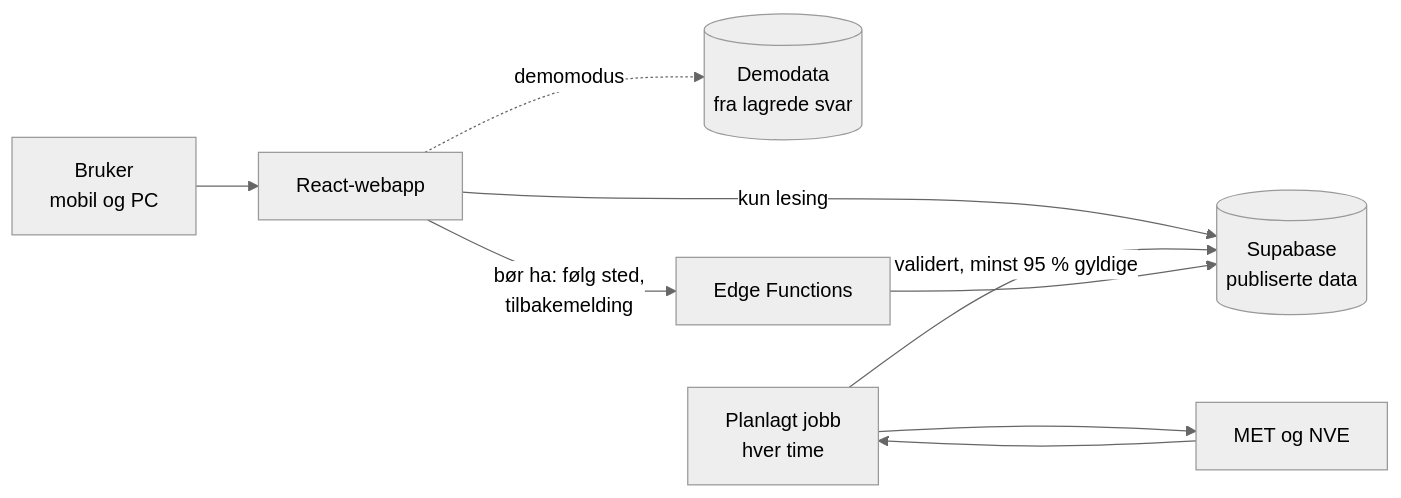
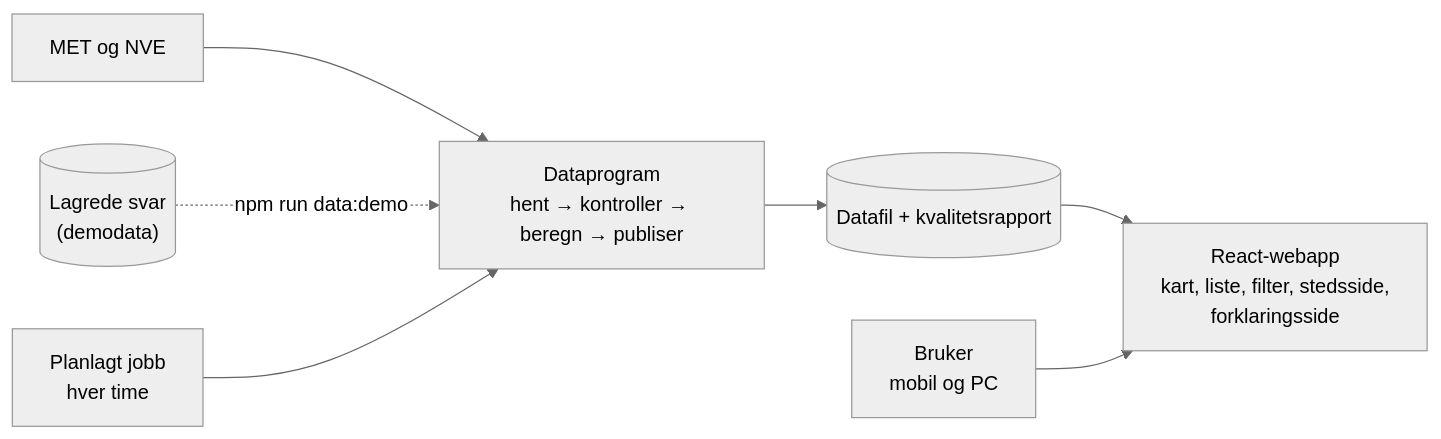
One commit to IBE160-2026/G18-bikila-dymbe-gela-james changed the diagram in project-phase-folders/1-Oppstartsfasen/SnowFinder-Produktbrief.md. Above: the diagram before and after it, drawn with Mermaid (neutral theme). The commit also changed other lines of this file and 12 other files, not shown here.

````diff
--- a/project-phase-folders/1-Oppstartsfasen/SnowFinder-Produktbrief.md
+++ b/project-phase-folders/1-Oppstartsfasen/SnowFinder-Produktbrief.md
@@ -222,11 +200,9 @@
 ```mermaid
 flowchart LR
-    U["Bruker<br/>mobil og PC"] --> FE["React-webapp"]
-    FE -- "kun lesing" --> DB[("Supabase<br/>publiserte data")]
-    FE -. "demomodus" .-> DEMO[("Demodata<br/>fra lagrede svar")]
-    J["Planlagt jobb<br/>hver time"] --> MET["MET og NVE"]
-    MET --> J
-    J -- "validert, minst 95 % gyldige" --> DB
-    FE -- "bør ha: følg sted,<br/>tilbakemelding" --> EF["Edge Functions"]
-    EF --> DB
+    MET["MET og NVE"] --> P["Dataprogram<br/>hent → kontroller → beregn → publiser"]
+    FIX[("Lagrede svar<br/>(demodata)")] -. "npm run data:demo" .-> P
+    P --> F[("Datafil + kvalitetsrapport")]
+    F --> APP["React-webapp<br/>kart, liste, filter, stedsside,<br/>forklaringsside"]
+    U["Bruker<br/>mobil og PC"] --> APP
+    JOB["Planlagt jobb<br/>hver time"] --> P
 ```
````
